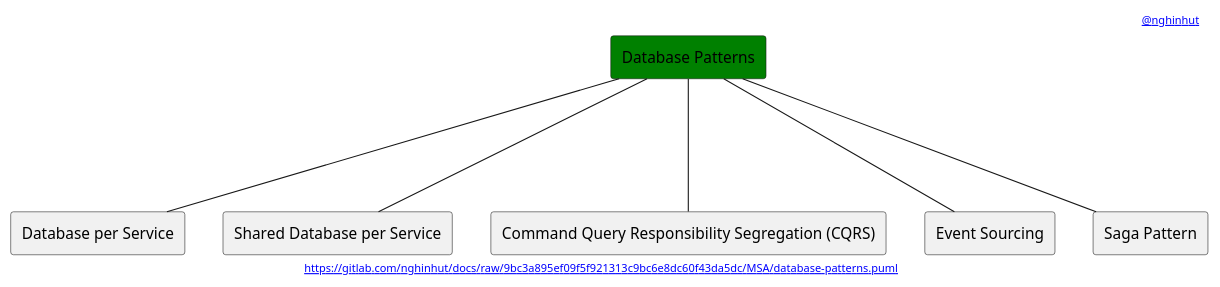
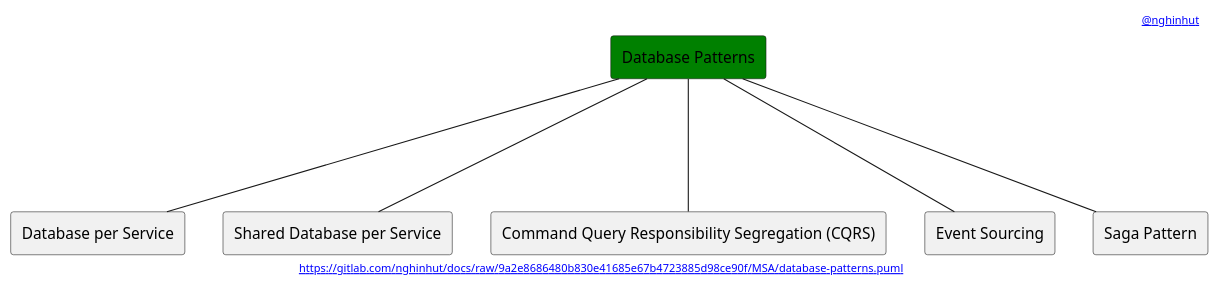
One commit to nghinhut/docs changed the diagram in MSA/database-patterns.puml. Above: the diagram before and after it, drawn with PlantUML. The commit also changed 17 other files, not shown here.

Commit message:
Update diagrams

```diff
--- a/MSA/database-patterns.puml
+++ b/MSA/database-patterns.puml
@@ -1,20 +1,20 @@
 @startuml
 '-----START auto generated metadata please keep comment here to allow auto update-----
 '-----DON'T EDIT THIS SECTION, INSTEAD RE-RUN prebuild.sh TO UPDATE-----
 header [[mailto:nghinhut@gmail.com @nghinhut]]
-footer [[https://gitlab.com/nghinhut/docs/raw/9bc3a895ef09f5f921313c9bc6e8dc60f43da5dc/MSA/database-patterns.puml]]
+footer [[https://gitlab.com/nghinhut/docs/raw/9a2e8686480b830e41685e67b4723885d98ce90f/MSA/database-patterns.puml]]
 '-----END auto generated metadata please keep comment here to allow auto update-----
 
 rectangle "Database Patterns" as Database #green
 
 rectangle "Database per Service" as DatabaseP1
 rectangle "Shared Database per Service" as DatabaseP2
 rectangle "Command Query Responsibility Segregation (CQRS)" as DatabaseP3
 rectangle "Event Sourcing" as DatabaseP4
 rectangle "Saga Pattern" as DatabaseP5
 Database --- DatabaseP1
 Database --- DatabaseP2
 Database --- DatabaseP3
 Database --- DatabaseP4
 Database --- DatabaseP5
 @enduml
```
